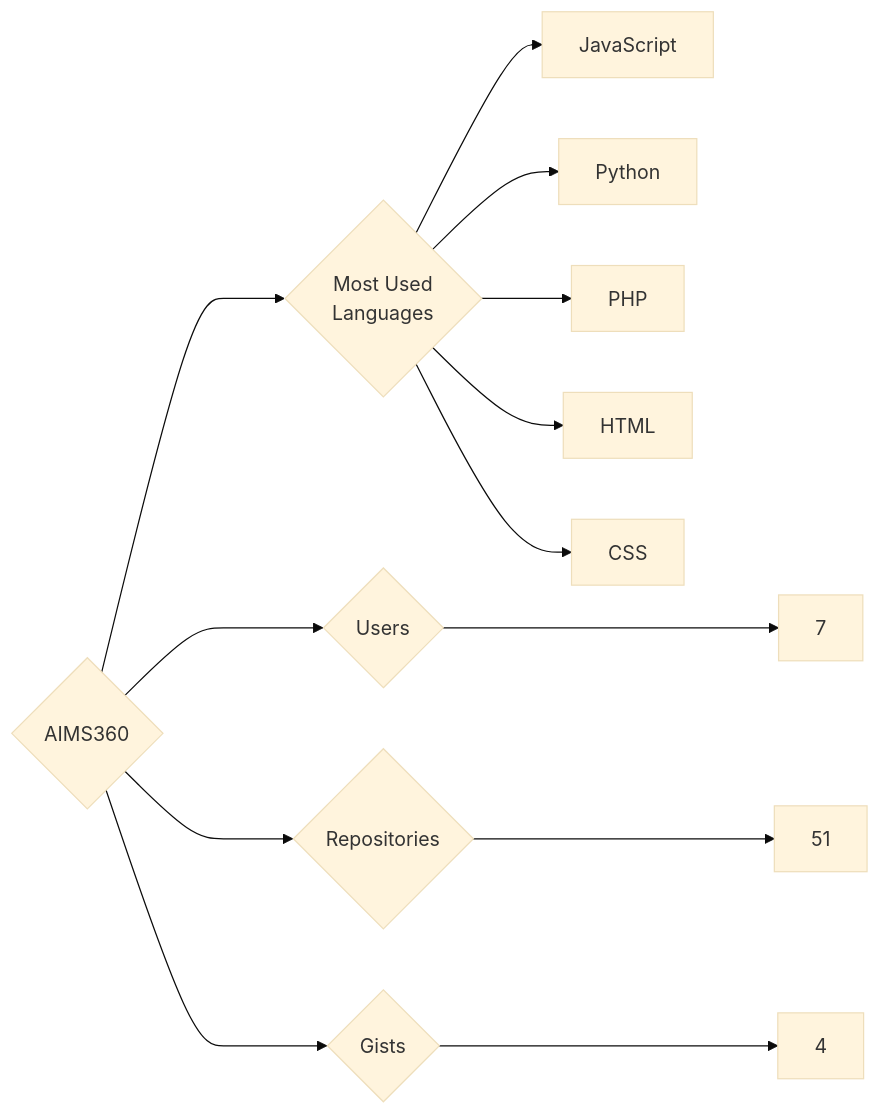
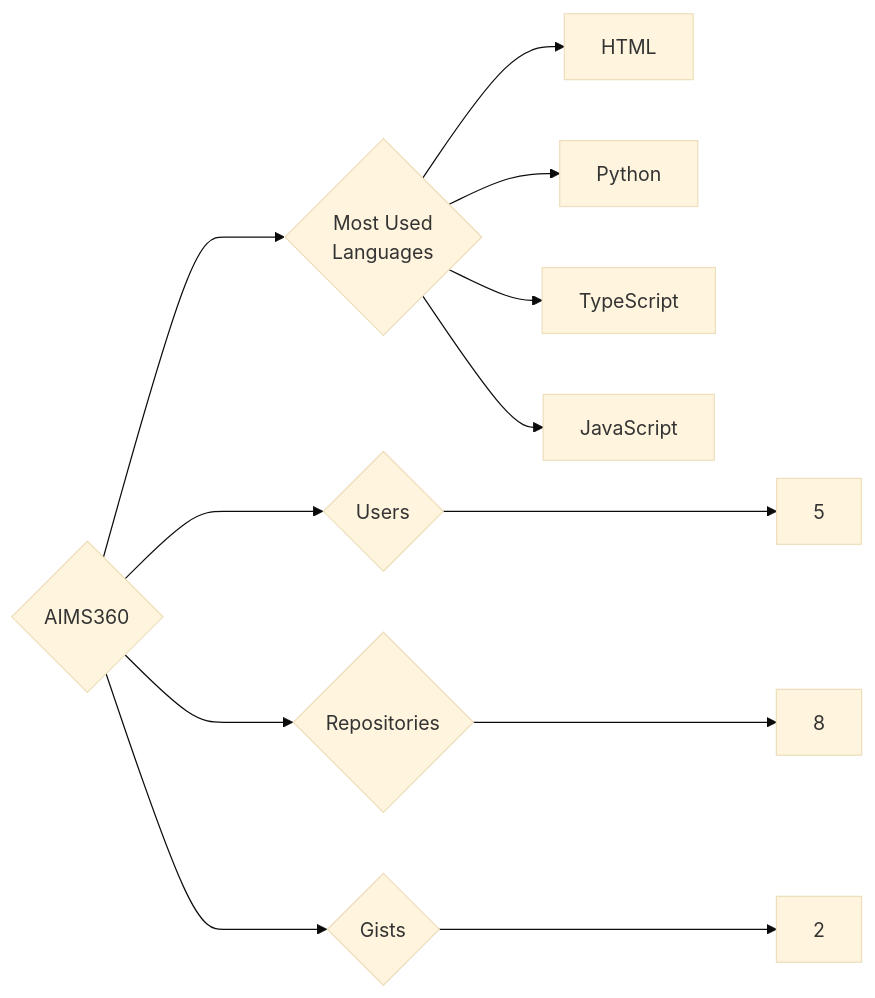
One commit to trickest/insiders changed the diagram in targets/AIMS360/README.md. Above: the diagram before and after it, drawn with Mermaid (base theme). The commit also changed 1088 other files, not shown here.

````diff
--- a/targets/AIMS360/README.md
+++ b/targets/AIMS360/README.md
@@ -3,13 +3,12 @@
 ```mermaid
 graph LR
 COMPANY_NAME{AIMS360}
-COMPANY_NAME ---> U{Users} ---> UN[7]
-COMPANY_NAME ---> R{Repositories} ---> RN[51]
-COMPANY_NAME ---> G{Gists} ---> GN[4]
+COMPANY_NAME ---> U{Users} ---> UN[5]
+COMPANY_NAME ---> R{Repositories} ---> RN[8]
+COMPANY_NAME ---> G{Gists} ---> GN[2]
 COMPANY_NAME ---> ML{Most Used<br>Languages}
+ML --> HTML[HTML]
+ML --> Python[Python]
+ML --> TypeScript[TypeScript]
 ML --> JavaScript[JavaScript]
-ML --> Python[Python]
-ML --> PHP[PHP]
-ML --> HTML[HTML]
-ML --> CSS[CSS]
 ```
````
